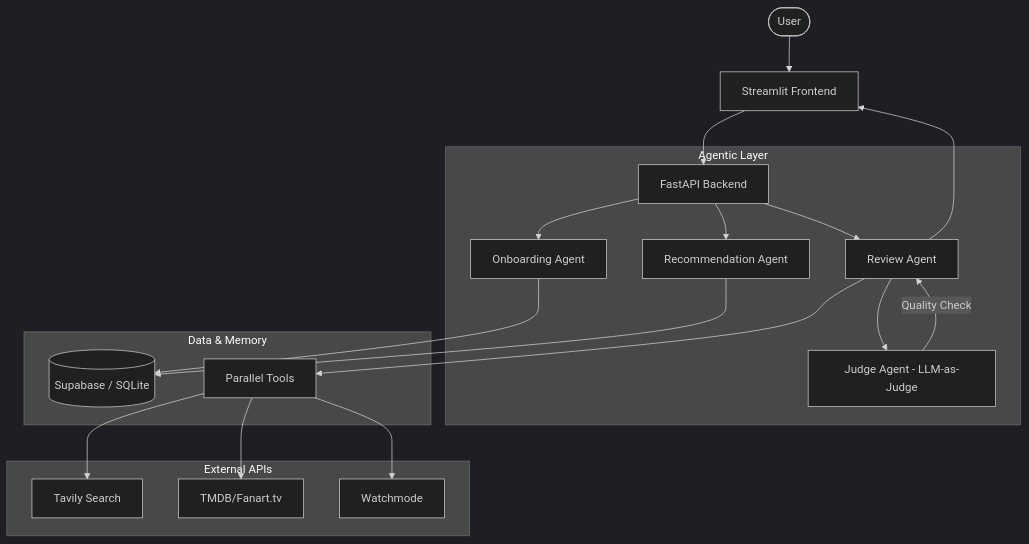
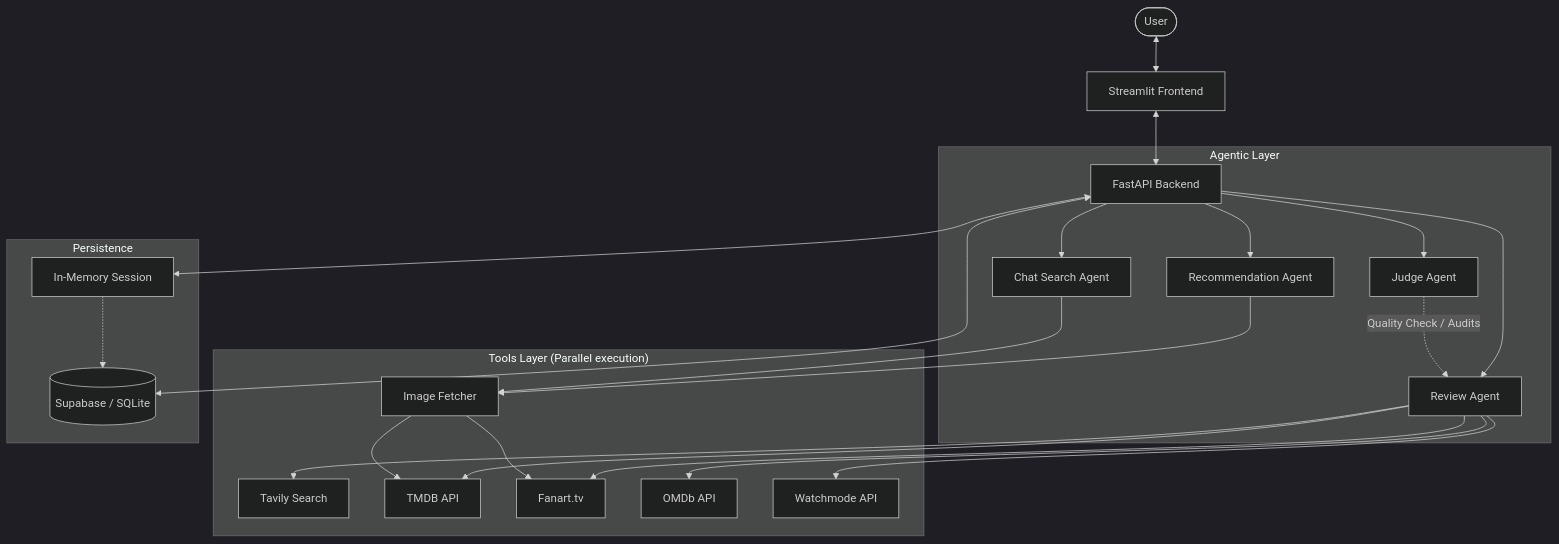
The diagram in README.md (rinkesh023/Reelogue-AI), drawn with Mermaid (dark theme) before and after one commit.

Commit message:
docs: Update architecture diagram to accurately reflect system

````diff
--- a/README.md
+++ b/README.md
@@ -44,27 +44,32 @@
 ```mermaid
 graph TD
-    User([User]) --> UI[Streamlit Frontend]
-    UI --> API[FastAPI Backend]
+    User([User]) <--> UI[Streamlit Frontend]
+    UI <--> API[FastAPI Backend]
     
     subgraph "Agentic Layer"
-        API --> Onboarding[Onboarding Agent]
         API --> Recs[Recommendation Agent]
+        API --> ChatSearch[Chat Search Agent]
         API --> Review[Review Agent]
-        Review --> Judge[Judge Agent - LLM-as-Judge]
+        API --> Judge[Judge Agent]
     end
     
-    subgraph "Data & Memory"
-        Onboarding --> DB[(Supabase / SQLite)]
-        Recs --> DB
-        Review --> Tools[Parallel Tools]
+    subgraph "Tools Layer (Parallel execution)"
+        Recs --> ImageFetcher[Image Fetcher]
+        ChatSearch --> ImageFetcher
+        Review --> Tavily[Tavily Search]
+        Review --> TMDB[TMDB API]
+        Review --> Fanart[Fanart.tv]
+        Review --> OMDb[OMDb API]
+        Review --> Watchmode[Watchmode API]
+        ImageFetcher --> TMDB
+        ImageFetcher --> Fanart
     end
     
-    subgraph "External APIs"
-        Tools --> Tavily[Tavily Search]
-        Tools --> TMDB[TMDB/Fanart.tv]
-        Tools --> Watchmode[Watchmode]
+    subgraph "Persistence"
+        API <--> Cache[In-Memory Session]
+        API <--> DB[(Supabase / SQLite)]
+        Cache -.-> DB
     end
     
-    Judge -- "Quality Check" --> Review
-    Review --> UI
+    Judge -. "Quality Check / Audits" .-> Review
 ```
````
